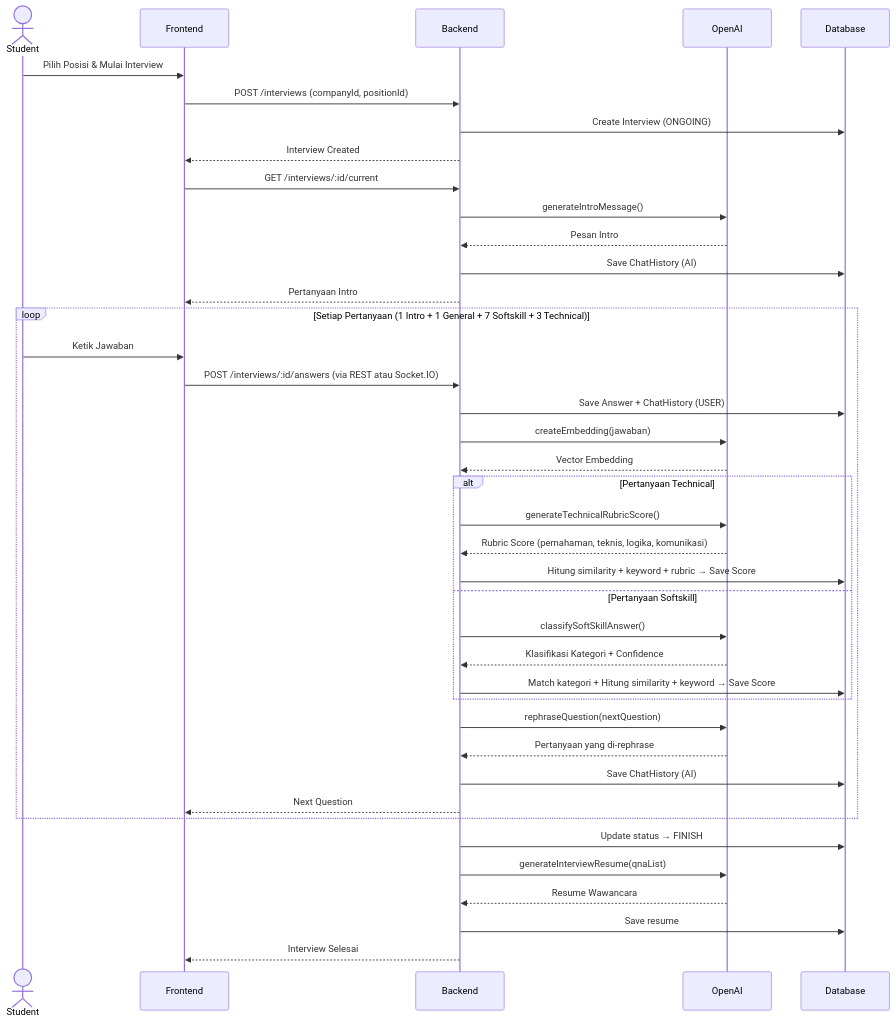
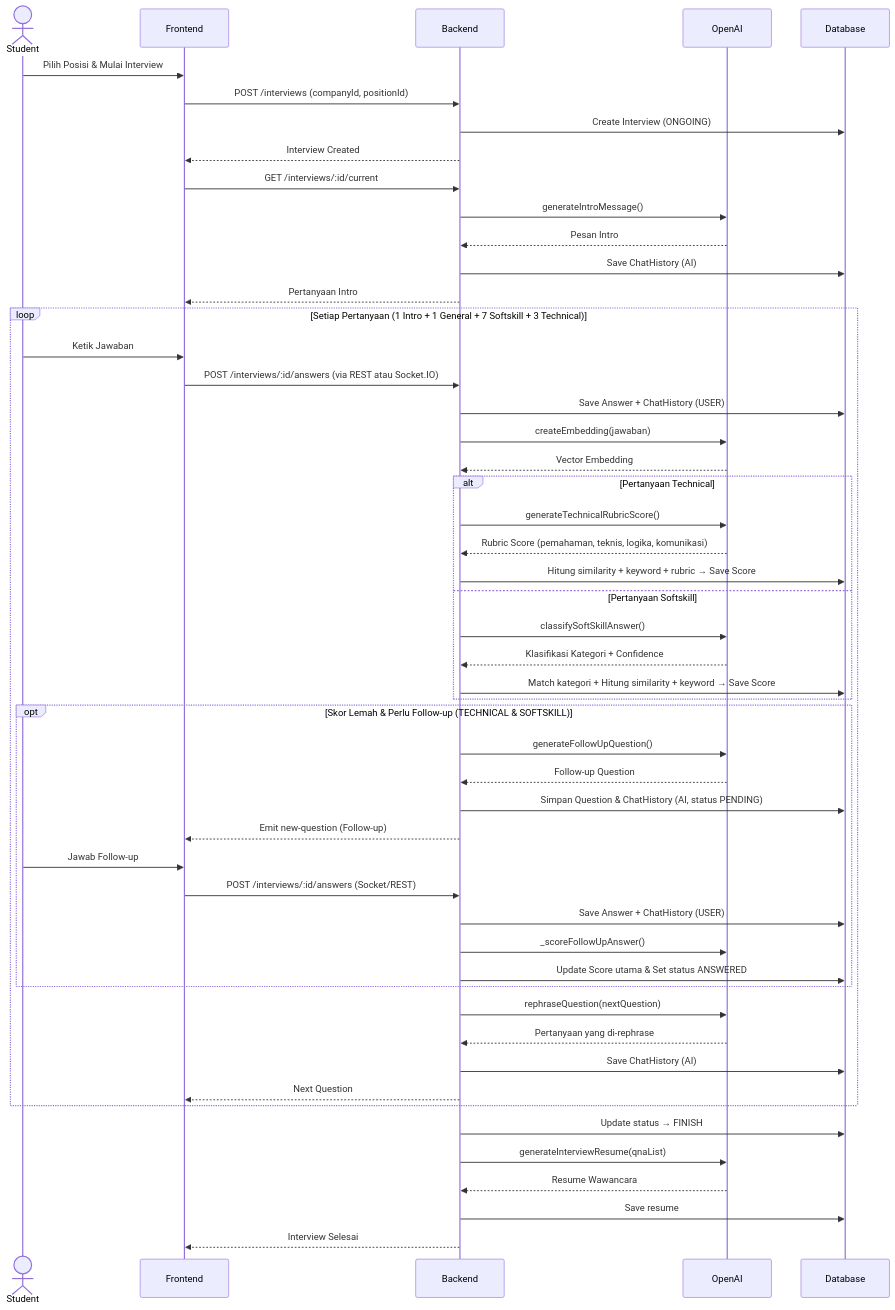
One commit to yazid138/wawancara-ai changed the second of 3 diagrams in PRD_Wawancara_AI.md. Above: the diagram before and after it, drawn with Mermaid. The commit also changed other lines of this file and 22 other files, not shown here.

Commit message:
feat: implement follow-up question system with automated scoring, evaluation, and end-to-end testing support

````diff
--- a/PRD_Wawancara_AI.md
+++ b/PRD_Wawancara_AI.md
@@ -293,49 +299,61 @@
 ```mermaid
 sequenceDiagram
     actor S as Student
     participant FE as Frontend
     participant BE as Backend
     participant AI as OpenAI
     participant DB as Database
 
     S->>FE: Pilih Posisi & Mulai Interview
     FE->>BE: POST /interviews (companyId, positionId)
     BE->>DB: Create Interview (ONGOING)
     BE-->>FE: Interview Created
 
     FE->>BE: GET /interviews/:id/current
     BE->>AI: generateIntroMessage()
     AI-->>BE: Pesan Intro
     BE->>DB: Save ChatHistory (AI)
     BE-->>FE: Pertanyaan Intro
 
     loop Setiap Pertanyaan (1 Intro + 1 General + 7 Softskill + 3 Technical)
         S->>FE: Ketik Jawaban
         FE->>BE: POST /interviews/:id/answers (via REST atau Socket.IO)
         BE->>DB: Save Answer + ChatHistory (USER)
 
         BE->>AI: createEmbedding(jawaban)
         AI-->>BE: Vector Embedding
 
         alt Pertanyaan Technical
             BE->>AI: generateTechnicalRubricScore()
             AI-->>BE: Rubric Score (pemahaman, teknis, logika, komunikasi)
             BE->>DB: Hitung similarity + keyword + rubric → Save Score
         else Pertanyaan Softskill
             BE->>AI: classifySoftSkillAnswer()
             AI-->>BE: Klasifikasi Kategori + Confidence
             BE->>DB: Match kategori + Hitung similarity + keyword → Save Score
         end
 
+        opt Skor Lemah & Perlu Follow-up (TECHNICAL & SOFTSKILL)
+            BE->>AI: generateFollowUpQuestion()
+            AI-->>BE: Follow-up Question
+            BE->>DB: Simpan Question & ChatHistory (AI, status PENDING)
+            BE-->>FE: Emit new-question (Follow-up)
+            S->>FE: Jawab Follow-up
+            FE->>BE: POST /interviews/:id/answers (Socket/REST)
+            BE->>DB: Save Answer + ChatHistory (USER)
+            BE->>AI: _scoreFollowUpAnswer()
+            BE->>DB: Update Score utama & Set status ANSWERED
+        end
+
         BE->>AI: rephraseQuestion(nextQuestion)
         AI-->>BE: Pertanyaan yang di-rephrase
         BE->>DB: Save ChatHistory (AI)
         BE-->>FE: Next Question
     end
 
     BE->>DB: Update status → FINISH
     BE->>AI: generateInterviewResume(qnaList)
     AI-->>BE: Resume Wawancara
     BE->>DB: Save resume
     BE-->>FE: Interview Selesai
 ```
````
